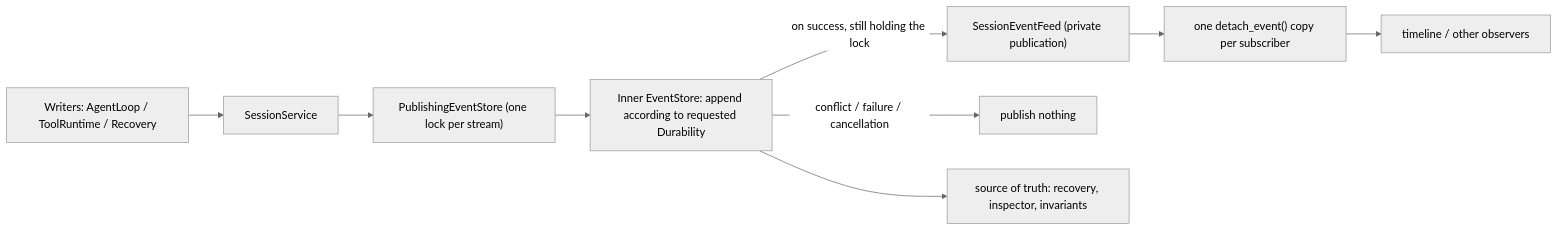
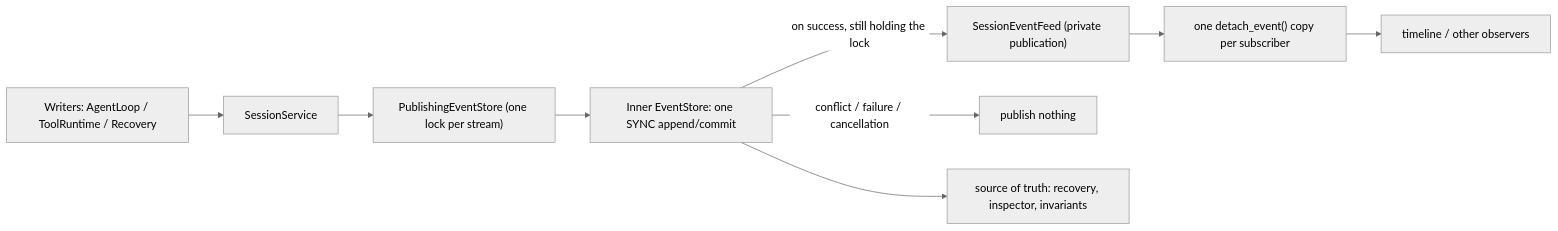
The diagram in docs/event-feed.md (uboyme/traceHarness), drawn with Mermaid (neutral theme) before and after one commit. The commit also changed other lines of this file and 57 other files, not shown here.

Commit message:
feat: replace the production event store with sqlite

````diff
--- a/docs/event-feed.md
+++ b/docs/event-feed.md
@@ -43,11 +43,11 @@
 ```mermaid
 flowchart LR
     W["Writers: AgentLoop / ToolRuntime / Recovery"] --> SS["SessionService"]
     SS --> PS["PublishingEventStore (one lock per stream)"]
-    PS --> ES["Inner EventStore: append according to requested Durability"]
+    PS --> ES["Inner EventStore: one SYNC append/commit"]
     ES -- "on success, still holding the lock" --> FEED["SessionEventFeed (private publication)"]
     ES -- "conflict / failure / cancellation" --> NONE["publish nothing"]
     FEED --> SUB["one detach_event() copy per subscriber"]
     SUB --> UI["timeline / other observers"]
     ES --> TRUTH["source of truth: recovery, inspector, invariants"]
 ```
````
